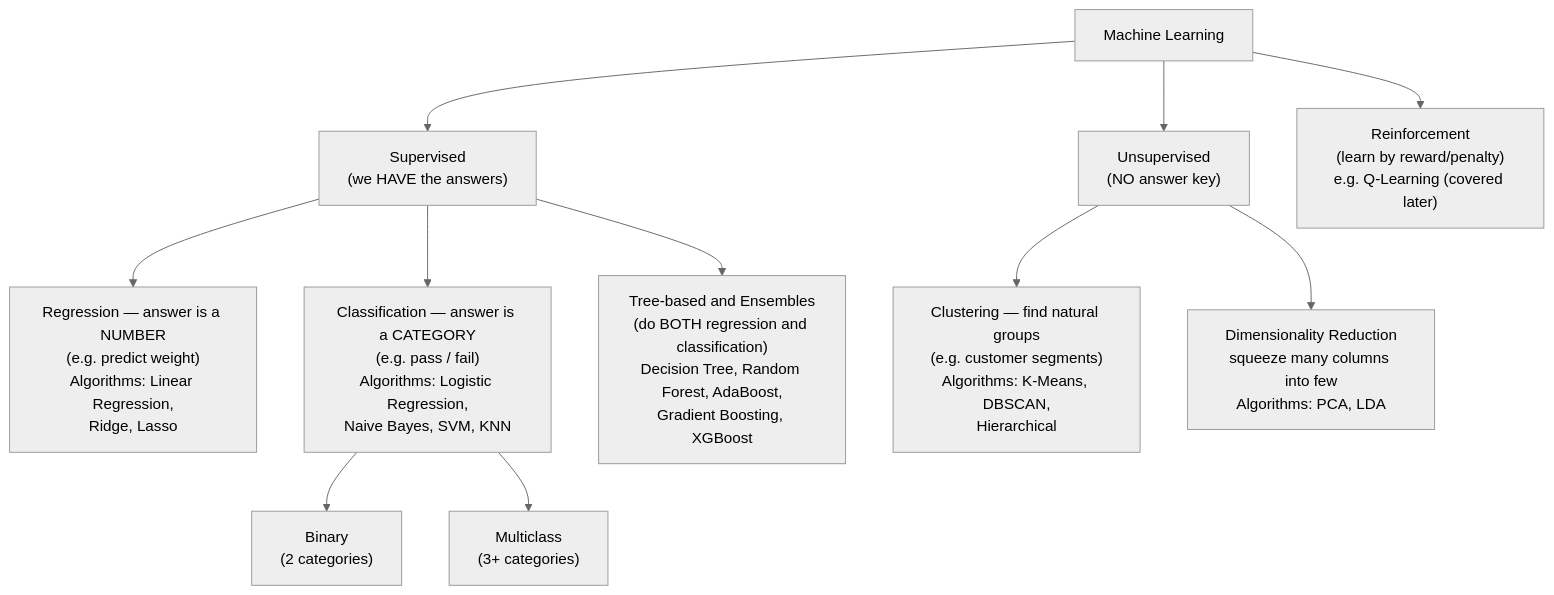
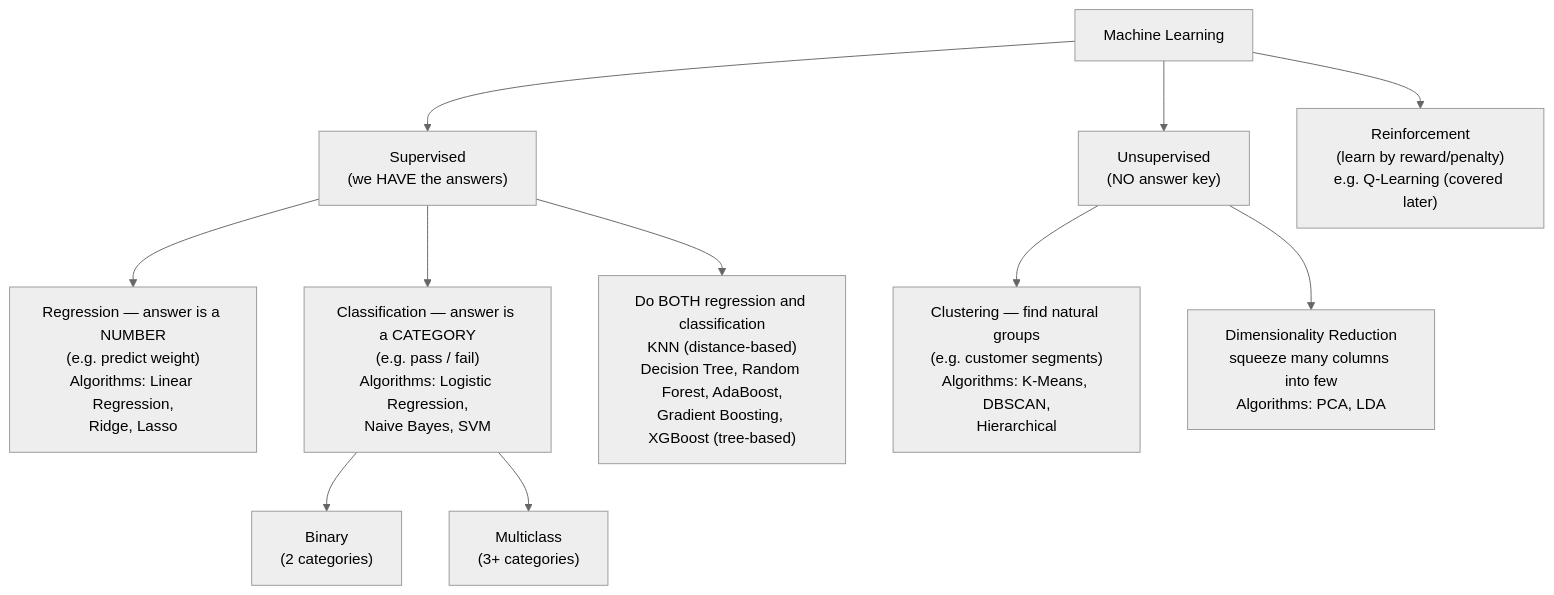
The third of 6 diagrams in study-docs/ML_Study_00_ML_Foundations.md (sunilmogadati/production-ai-engineering), drawn with Mermaid (neutral theme) before and after one commit. The commit also changed other lines of this file and 11 other files, not shown here.

Commit message:
Add KNN study doc (figures, distance-metric family, data-prep) + lab + notebook; fix KNN as classification+regression in Study_00; Study_02 bias-variance formula + linear-overfit note

````diff
--- a/study-docs/ML_Study_00_ML_Foundations.md
+++ b/study-docs/ML_Study_00_ML_Foundations.md
@@ -75,13 +75,13 @@
 ```mermaid
 flowchart TB
     ML["Machine Learning"] --> S["Supervised<br/>(we HAVE the answers)"]
     ML --> U["Unsupervised<br/>(NO answer key)"]
     ML --> RL["Reinforcement<br/>(learn by reward/penalty)<br/>e.g. Q-Learning (covered later)"]
     S --> REG["Regression — answer is a NUMBER<br/>(e.g. predict weight)<br/>Algorithms: Linear Regression,<br/>Ridge, Lasso"]
-    S --> CLF["Classification — answer is a CATEGORY<br/>(e.g. pass / fail)<br/>Algorithms: Logistic Regression,<br/>Naive Bayes, SVM, KNN"]
-    S --> BOTH["Tree-based and Ensembles<br/>(do BOTH regression and classification)<br/>Decision Tree, Random Forest, AdaBoost,<br/>Gradient Boosting, XGBoost"]
+    S --> CLF["Classification — answer is a CATEGORY<br/>(e.g. pass / fail)<br/>Algorithms: Logistic Regression,<br/>Naive Bayes, SVM"]
+    S --> BOTH["Do BOTH regression and classification<br/>KNN (distance-based)<br/>Decision Tree, Random Forest, AdaBoost,<br/>Gradient Boosting, XGBoost (tree-based)"]
     CLF --> BIN["Binary<br/>(2 categories)"]
     CLF --> MUL["Multiclass<br/>(3+ categories)"]
     U --> CLU["Clustering — find natural groups<br/>(e.g. customer segments)<br/>Algorithms: K-Means, DBSCAN,<br/>Hierarchical"]
     U --> DIM["Dimensionality Reduction<br/>squeeze many columns into few<br/>Algorithms: PCA, LDA"]
 ```
````
